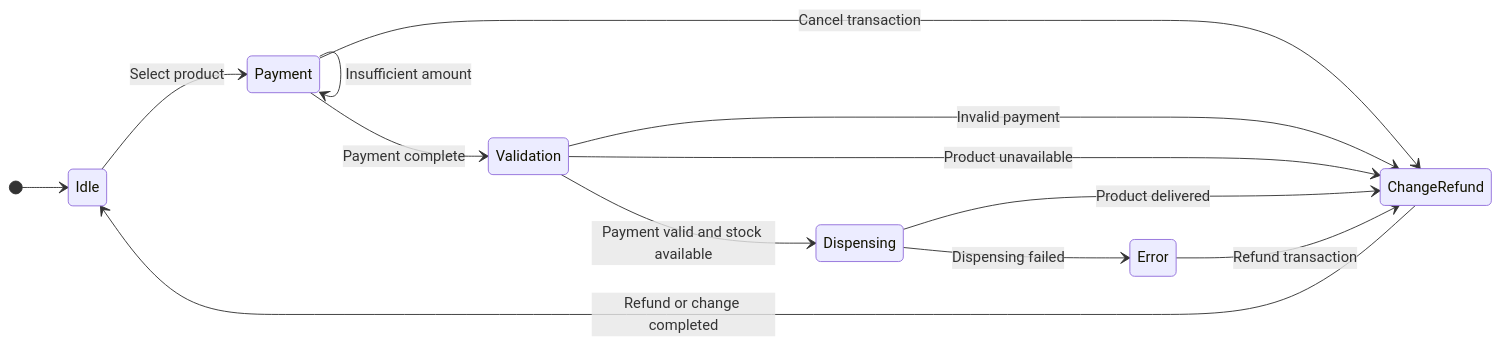
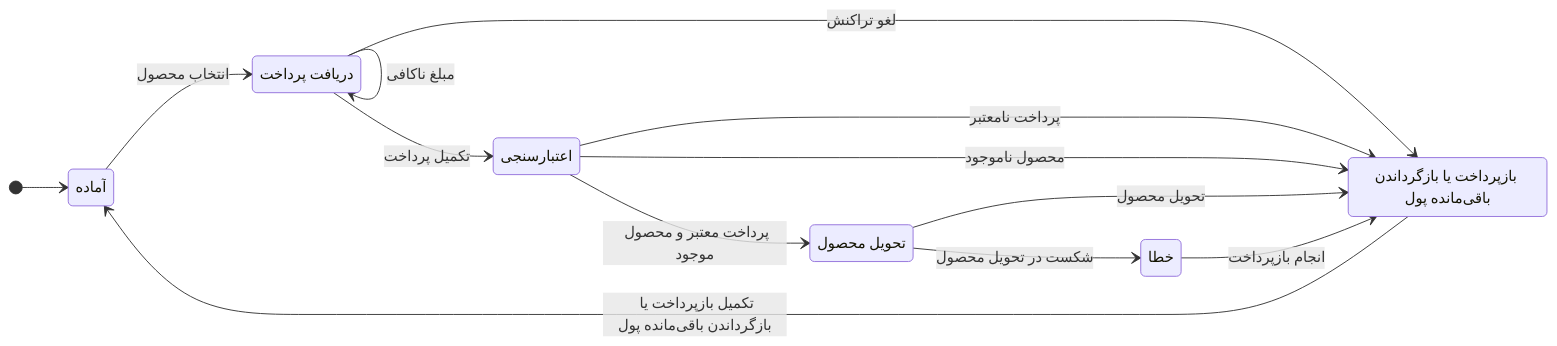
The diagram in sessions/session-01.md (heliyaebrahimi/rtes-project), drawn with Mermaid before and after one commit. The commit also changed other lines of this file, not shown here.

````diff
--- a/sessions/session-01.md
+++ b/sessions/session-01.md
@@ -40,20 +39,27 @@
 ```mermaid
 stateDiagram-v2
     direction LR
 
+    state "آماده" as Idle
+    state "دریافت پرداخت" as Payment
+    state "اعتبارسنجی" as Validation
+    state "تحویل محصول" as Dispensing
+    state "بازپرداخت یا بازگرداندن باقی‌مانده پول" as ChangeRefund
+    state "خطا" as Error
+
     [*] --> Idle
-    Idle --> Payment: Select product
-    Payment --> Payment: Insufficient amount
-    Payment --> Validation: Payment complete
-    Payment --> ChangeRefund: Cancel transaction
+    Idle --> Payment: انتخاب محصول
+    Payment --> Payment: مبلغ ناکافی
+    Payment --> Validation: تکمیل پرداخت
+    Payment --> ChangeRefund: لغو تراکنش
 
-    Validation --> Dispensing: Payment valid and stock available
-    Validation --> ChangeRefund: Invalid payment
-    Validation --> ChangeRefund: Product unavailable
+    Validation --> Dispensing: پرداخت معتبر و محصول موجود
+    Validation --> ChangeRefund: پرداخت نامعتبر
+    Validation --> ChangeRefund: محصول ناموجود
 
-    Dispensing --> ChangeRefund: Product delivered
-    Dispensing --> Error: Dispensing failed
-    Error --> ChangeRefund: Refund transaction
+    Dispensing --> ChangeRefund: تحویل محصول
+    Dispensing --> Error: شکست در تحویل محصول
+    Error --> ChangeRefund: انجام بازپرداخت
 
-    ChangeRefund --> Idle: Refund or change completed
+    ChangeRefund --> Idle: تکمیل بازپرداخت یا بازگرداندن باقی‌مانده پول
 ```
````
